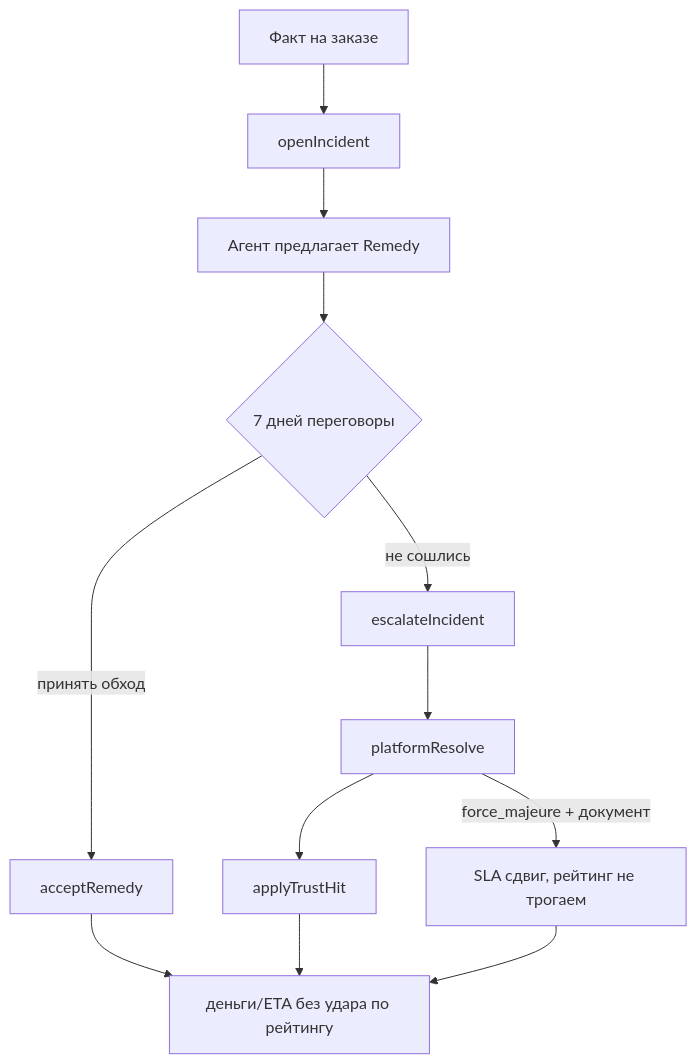
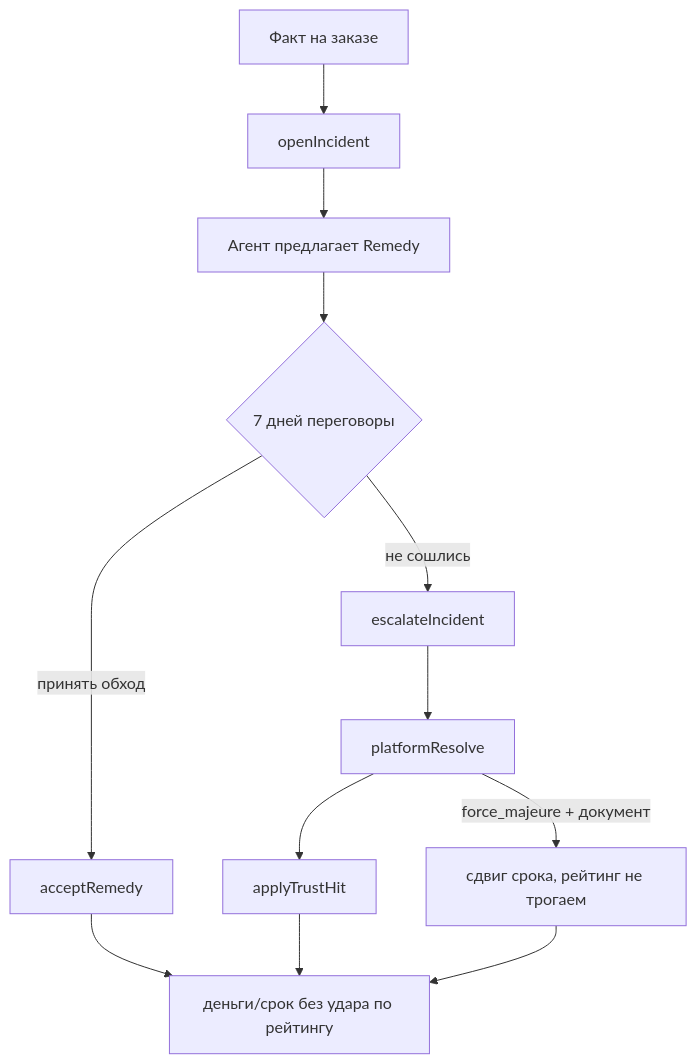
One commit to kobyzev-yuri/ai_mkt changed the fourth of 4 diagrams in docs/BUSINESS.md. Above: the diagram before and after it, drawn with Mermaid. The commit also changed other lines of this file and 38 other files, not shown here.

````diff
--- a/docs/BUSINESS.md
+++ b/docs/BUSINESS.md
@@ -138,14 +138,14 @@
 ```mermaid
 flowchart TD
   F[Факт на заказе] --> O[openIncident]
   O --> R[Агент предлагает Remedy]
   R --> N{7 дней переговоры}
   N -->|принять обход| A[acceptRemedy]
-  A --> M[деньги/ETA без удара по рейтингу]
+  A --> M[деньги/срок без удара по рейтингу]
   N -->|не сошлись| E[escalateIncident]
   E --> P[platformResolve]
   P --> T[applyTrustHit]
   T --> M
-  P -->|force_majeure + документ| S[SLA сдвиг, рейтинг не трогаем]
+  P -->|force_majeure + документ| S[сдвиг срока, рейтинг не трогаем]
   S --> M
 ```
````
